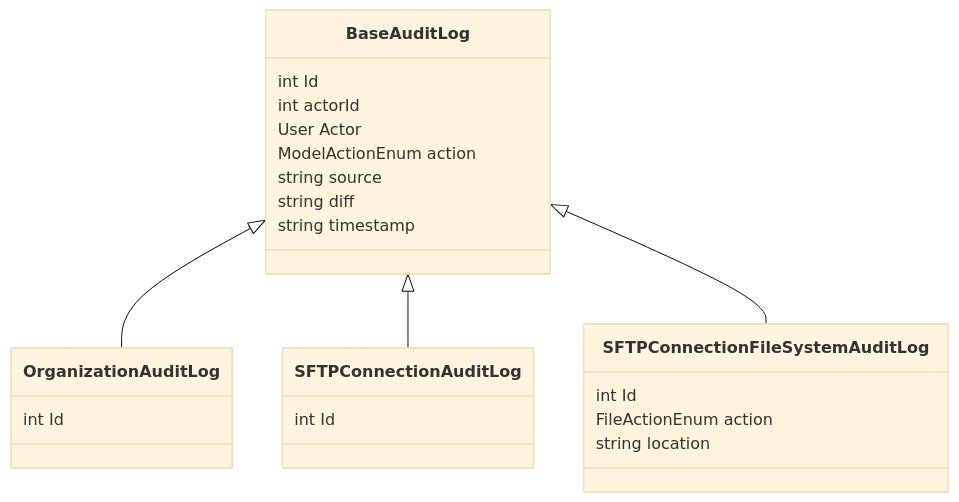
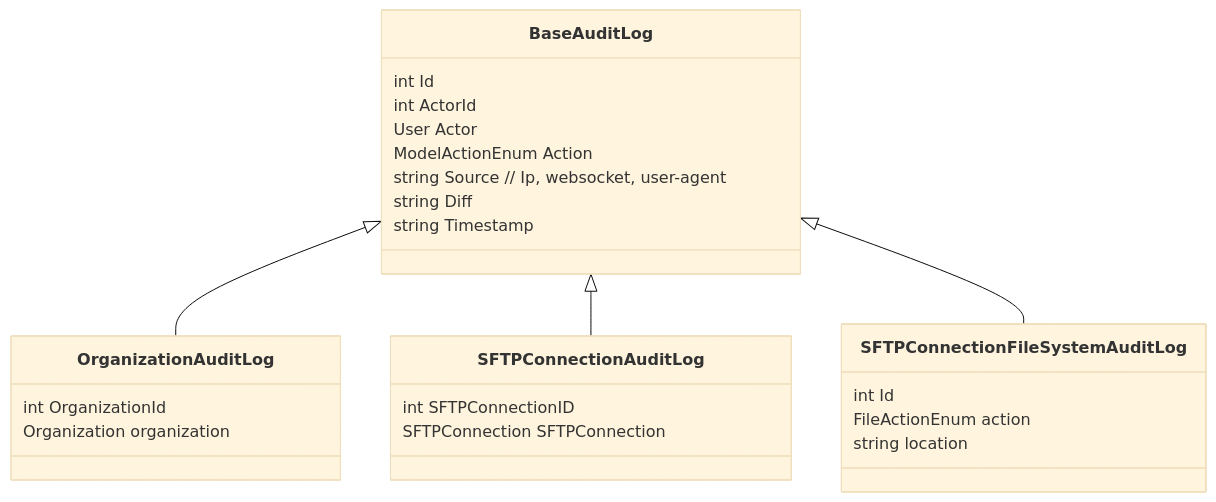
The diagram in AuditLogs_classes.mmd (Fileodon/Diagram), drawn with Mermaid (base theme) before and after one commit.

```diff
--- a/AuditLogs_classes.mmd
+++ b/AuditLogs_classes.mmd
@@ -1,28 +1,30 @@
 classDiagram
 	BaseAuditLog <|-- OrganizationAuditLog
 	BaseAuditLog <|-- SFTPConnectionAuditLog
 	BaseAuditLog <|-- SFTPConnectionFileSystemAuditLog
 
 	class BaseAuditLog {
 		int Id
-		int actorId
+		int ActorId
 		User Actor
-		ModelActionEnum action
-		string source
-		string diff
-		string timestamp
+		ModelActionEnum Action
+		string Source // Ip, websocket, user-agent
+		string Diff
+		string Timestamp
 	}
 
 	class OrganizationAuditLog {
-		int Id
+		int OrganizationId
+		Organization organization
 	}
 
 	class SFTPConnectionAuditLog {
-		int Id
+		int SFTPConnectionID
+		SFTPConnection SFTPConnection
 	}
 
 	class SFTPConnectionFileSystemAuditLog {
 		int Id
 		FileActionEnum action
 		string location
 	}
```
